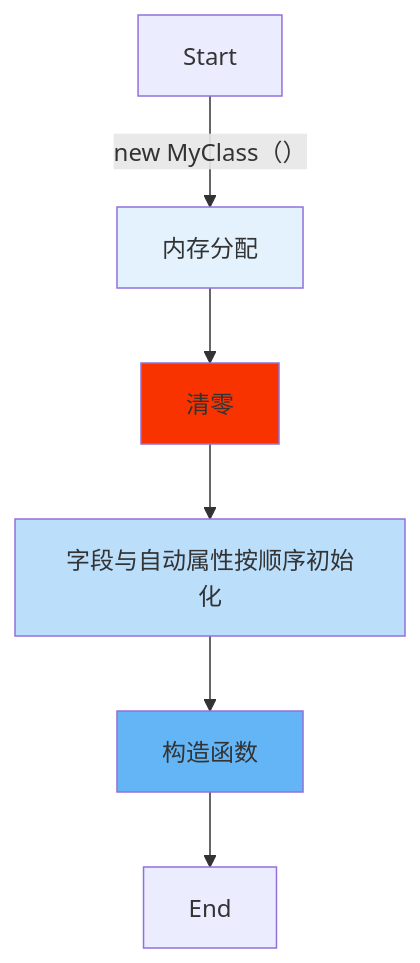
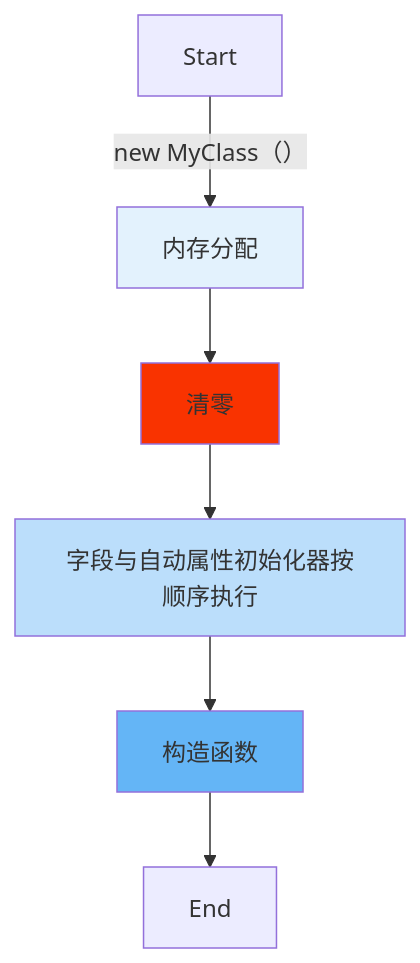
The seventh of 12 diagrams in 面向对象.md (xiaoYoc/CSharp-Learning-Notes-In-a-Nutshell), drawn with Mermaid before and after one commit. The commit also changed other lines of this file and 9 other files, not shown here.

````diff
--- a/面向对象.md
+++ b/面向对象.md
@@ -665,13 +679,13 @@
 ```mermaid
 flowchart TB
     S[Start] --> |new MyClass（）| A
     A[内存分配] --> A1[清零]
-    A1 -->B[字段与自动属性按顺序初始化]
+    A1 -->B[字段与自动属性初始化器按顺序执行]
     B --> D[构造函数]
     D --> E[End]
     
     style A fill:#e3f2fd
     style B fill:#bbdefb
     style D fill:#64b5f6
     style A1 fill:#f93300
 ```
````
